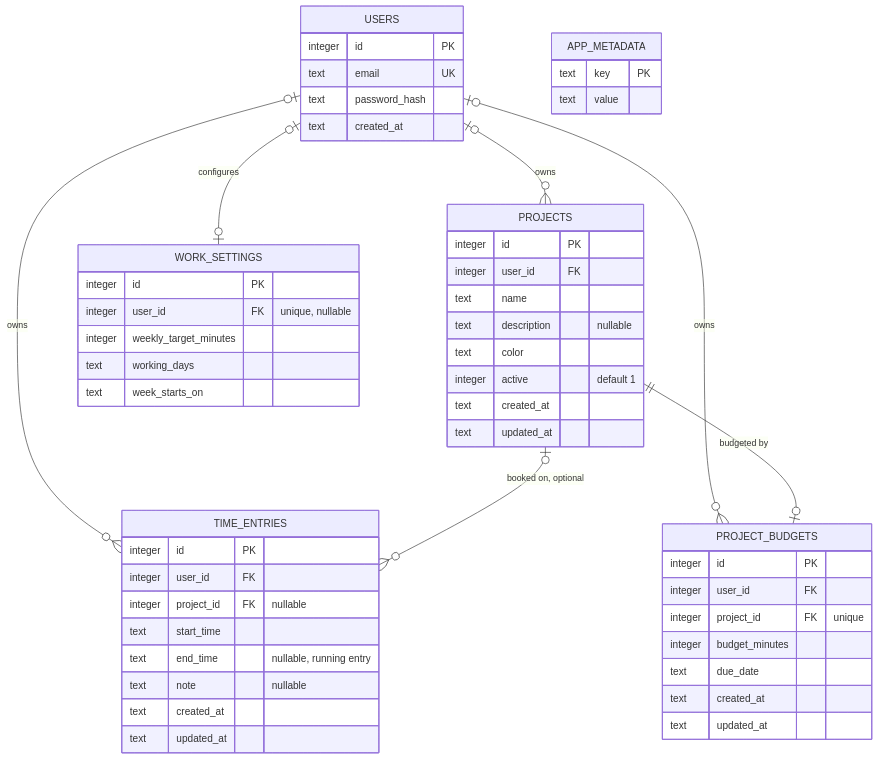
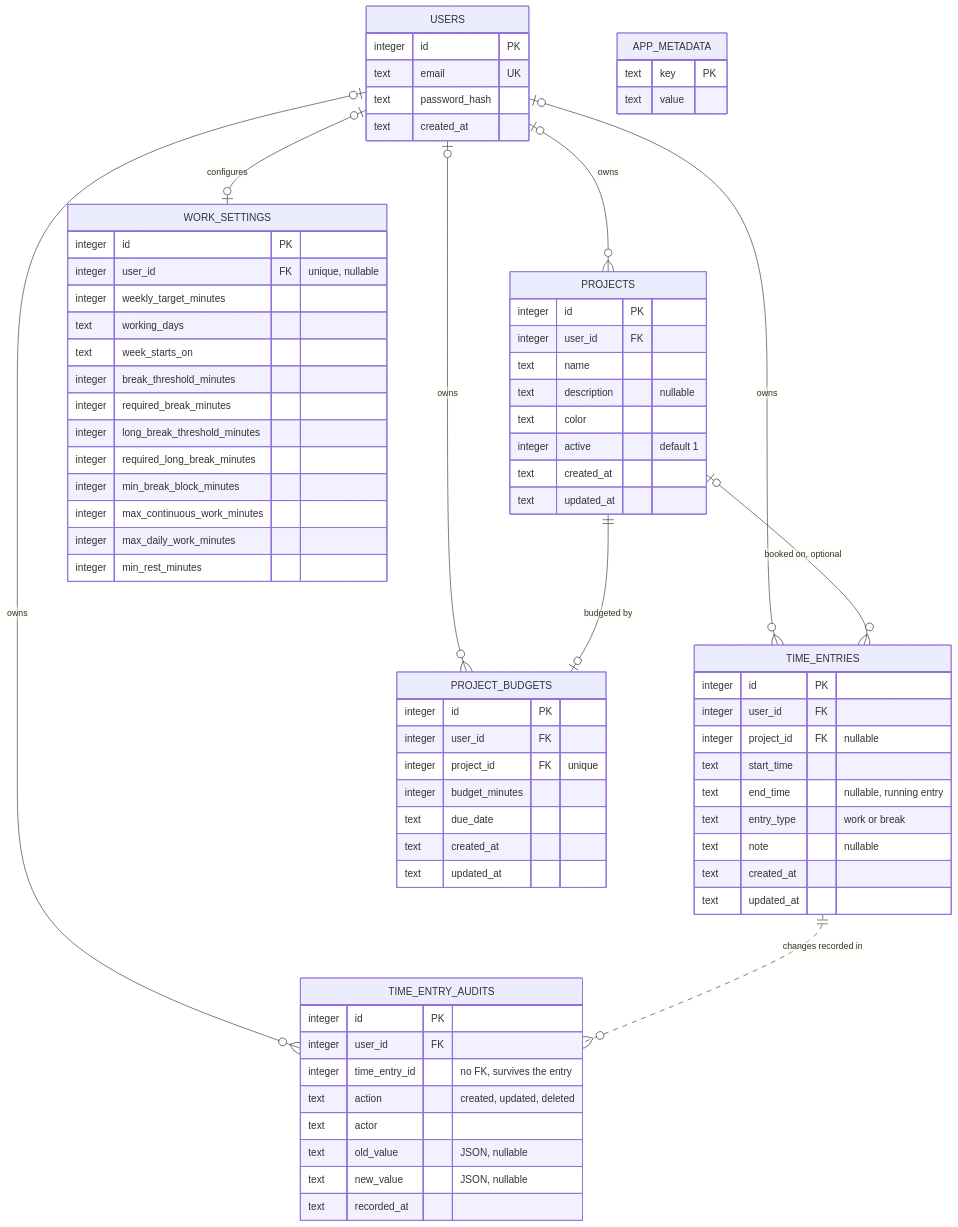
The third of 3 diagrams in docs/data-model.md (serious6/WorkTimeTracker), drawn with Mermaid before and after one commit. The commit also changed other lines of this file and 2 other files, not shown here.

Commit message:
Document working time compliance and cover it with e2e tests

````diff
--- a/docs/data-model.md
+++ b/docs/data-model.md
@@ -79,56 +81,77 @@
 ```mermaid
 erDiagram
   USERS o|--o{ PROJECTS : owns
   USERS o|--o{ TIME_ENTRIES : owns
   USERS o|--o{ PROJECT_BUDGETS : owns
   USERS o|--o| WORK_SETTINGS : configures
+  USERS o|--o{ TIME_ENTRY_AUDITS : owns
+  TIME_ENTRIES ||..o{ TIME_ENTRY_AUDITS : "changes recorded in"
   PROJECTS o|--o{ TIME_ENTRIES : "booked on, optional"
   PROJECTS ||--o| PROJECT_BUDGETS : "budgeted by"
 
   USERS {
     integer id PK
     text email UK
     text password_hash
     text created_at
   }
   PROJECTS {
     integer id PK
     integer user_id FK
     text name
     text description "nullable"
     text color
     integer active "default 1"
     text created_at
     text updated_at
   }
   TIME_ENTRIES {
     integer id PK
     integer user_id FK
     integer project_id FK "nullable"
     text start_time
     text end_time "nullable, running entry"
+    text entry_type "work or break"
     text note "nullable"
     text created_at
     text updated_at
+  }
+  TIME_ENTRY_AUDITS {
+    integer id PK
+    integer user_id FK
+    integer time_entry_id "no FK, survives the entry"
+    text action "created, updated, deleted"
+    text actor
+    text old_value "JSON, nullable"
+    text new_value "JSON, nullable"
+    text recorded_at
   }
   PROJECT_BUDGETS {
     integer id PK
     integer user_id FK
     integer project_id FK "unique"
     integer budget_minutes
     text due_date
     text created_at
     text updated_at
   }
   WORK_SETTINGS {
     integer id PK
     integer user_id FK "unique, nullable"
     integer weekly_target_minutes
     text working_days
     text week_starts_on
+    integer break_threshold_minutes
+    integer required_break_minutes
+    integer long_break_threshold_minutes
+    integer required_long_break_minutes
+    integer min_break_block_minutes
+    integer max_continuous_work_minutes
+    integer max_daily_work_minutes
+    integer min_rest_minutes
   }
   APP_METADATA {
     text key PK
     text value
   }
 ```
````
